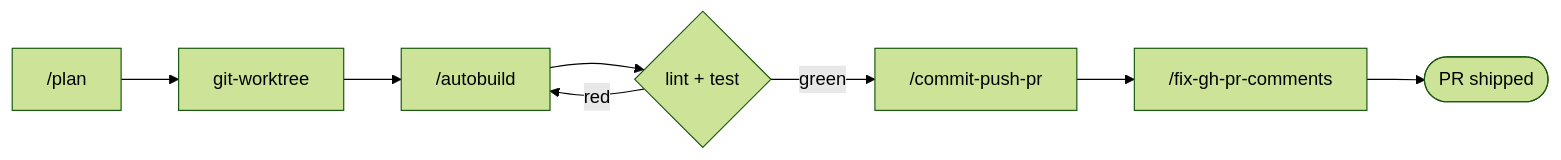
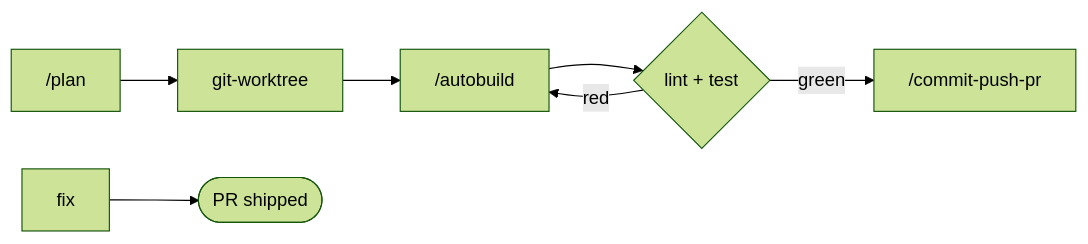
Before and after one commit to bossjones/boss-skills: the diagram in README.md, drawn with Mermaid (forest theme). The commit also changed other lines of this file and 6 other files, not shown here.

````diff
--- a/README.md
+++ b/README.md
@@ -61,10 +61,9 @@
 ```mermaid
 flowchart LR
     plan["/plan"] --> wt["git-worktree"]
     wt --> ab["/autobuild"]
     ab --> verify{"lint + test"}
     verify -- red --> ab
     verify -- green --> cpp["/commit-push-pr"]
-    cpp --> fix["/fix-gh-pr-comments"]
     fix --> pr(["PR shipped"])
 ```
````
